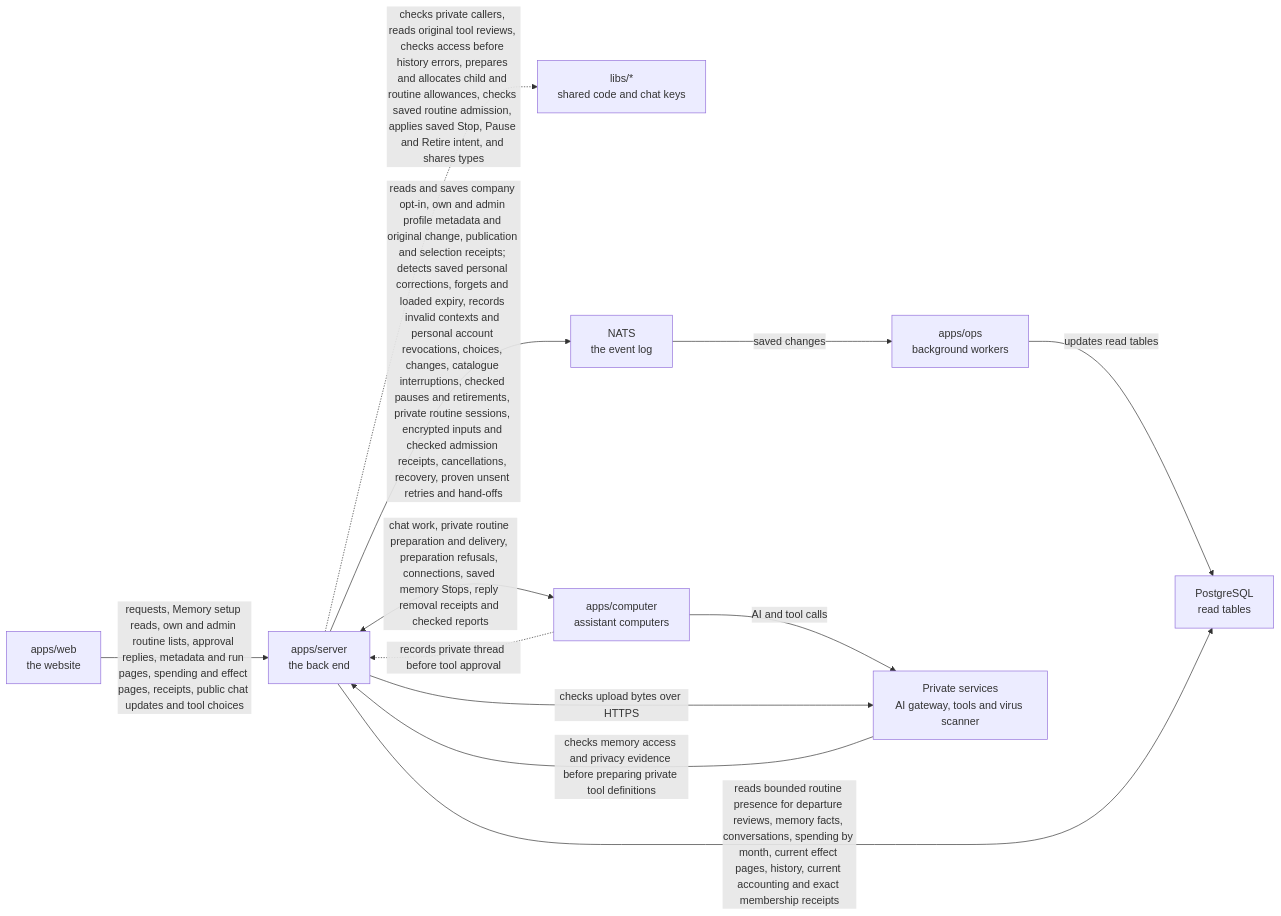
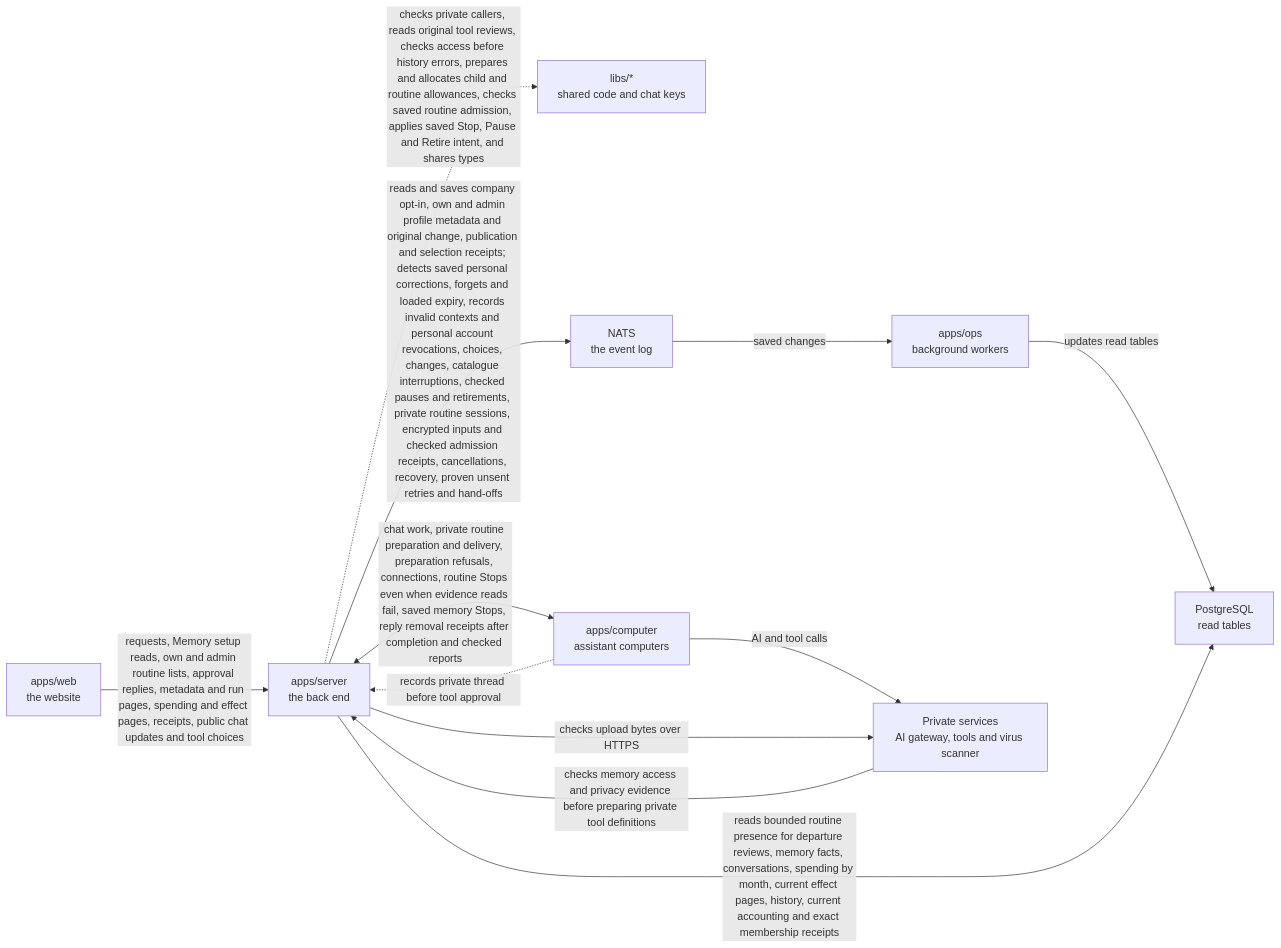
The diagram in apps/server/README.md (elewa-git/opencrane-new), drawn with Mermaid before and after one commit. The commit also changed other lines of this file and 12 other files, not shown here.

First line of the commit message:
🛑 A saved prohibition interrupts the exact private routine turn, even when evidence is slow (#792)

````diff
--- a/apps/server/README.md
+++ b/apps/server/README.md
@@ -121,14 +129,14 @@
 ```mermaid
 flowchart LR
   web["apps/web<br/>the website"] -->|requests, Memory setup reads, own and admin routine lists, approval replies, metadata and run pages, spending and effect pages, receipts, public chat updates and tool choices| server["apps/server<br/>the back end"]
   server -.->|checks private callers, reads original tool reviews, checks access before history errors, prepares and allocates child and routine allowances, checks saved routine admission, applies saved Stop, Pause and Retire intent, and shares types| libs["libs/*<br/>shared code and chat keys"]
   server -->|reads and saves company opt-in, own and admin profile metadata and original change, publication and selection receipts; detects saved personal corrections, forgets and loaded expiry, records invalid contexts and personal account revocations, choices, changes, catalogue interruptions, checked pauses and retirements, private routine sessions, encrypted inputs and checked admission receipts, cancellations, recovery, proven unsent retries and hand-offs| nats["NATS<br/>the event log"]
   nats -->|saved changes| ops["apps/ops<br/>background workers"]
   ops -->|updates read tables| postgres["PostgreSQL<br/>read tables"]
   server -->|reads bounded routine presence for departure reviews, memory facts, conversations, spending by month, current effect pages, history, current accounting and exact membership receipts| postgres
-  server <-->|chat work, private routine preparation and delivery, preparation refusals, connections, saved memory Stops, reply removal receipts and checked reports| computer["apps/computer<br/>assistant computers"]
+  server <-->|chat work, private routine preparation and delivery, preparation refusals, connections, routine Stops even when evidence reads fail, saved memory Stops, reply removal receipts after completion and checked reports| computer["apps/computer<br/>assistant computers"]
   computer -.->|records private thread before tool approval| server
   computer -->|AI and tool calls| runtime["Private services<br/>AI gateway, tools and virus scanner"]
   server -->|checks upload bytes over HTTPS| runtime
   runtime -->|checks memory access and privacy evidence before preparing private tool definitions| server
 ```
````
